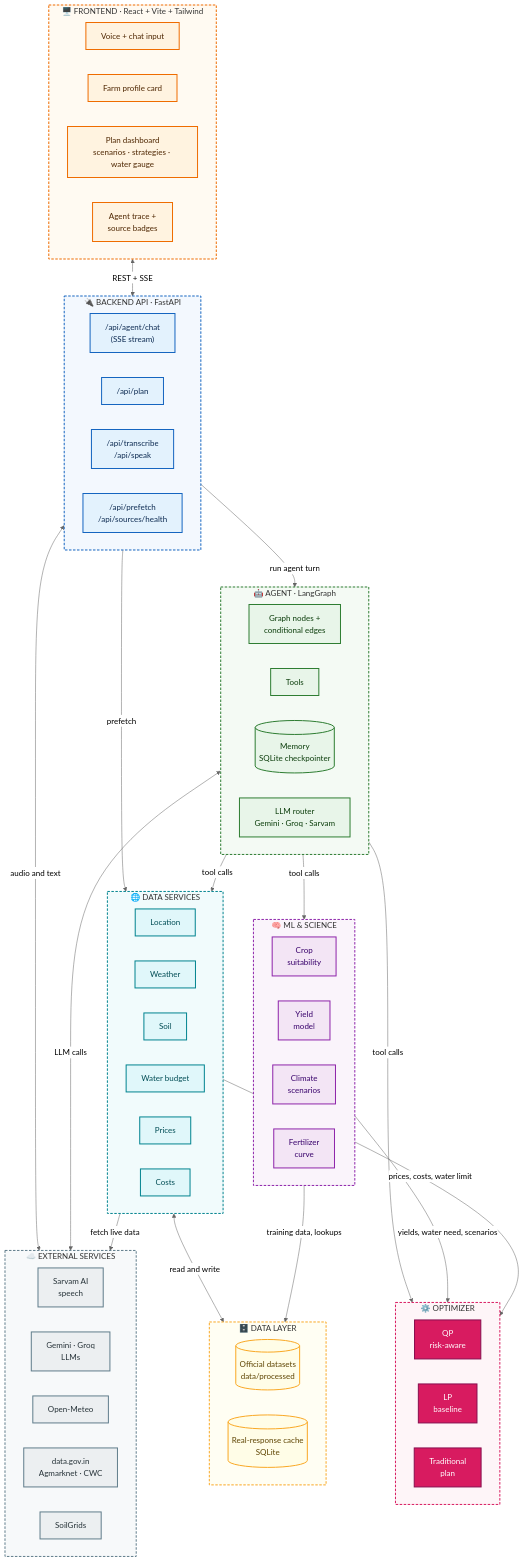
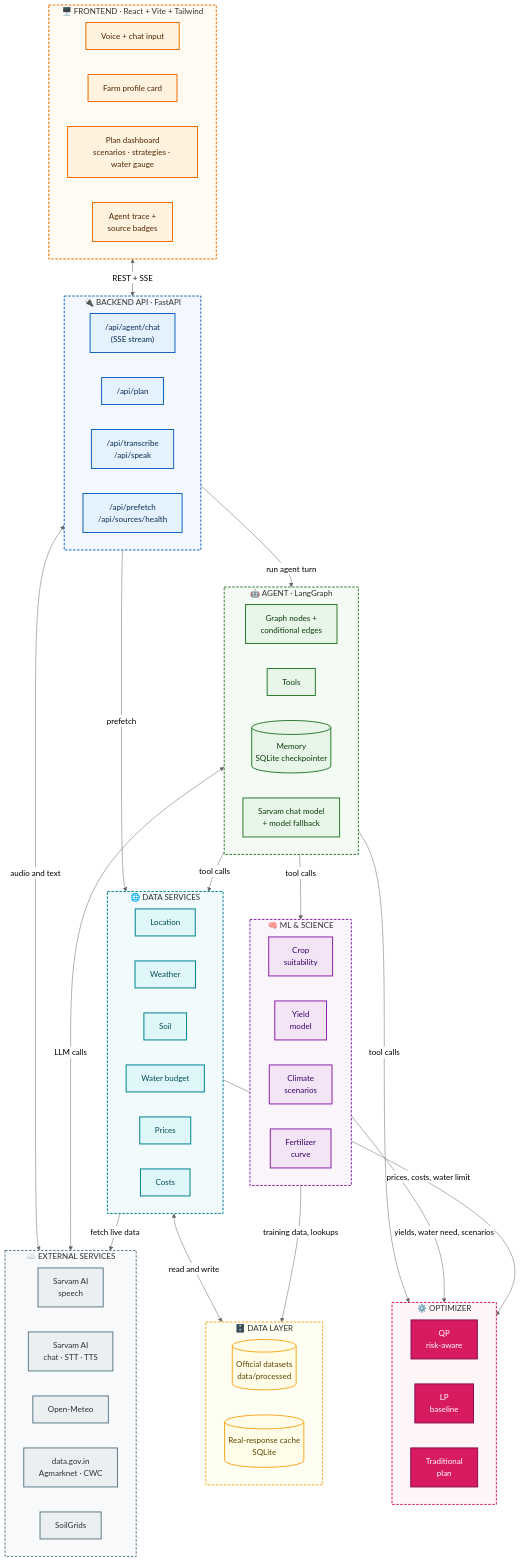
One commit to 9553943884pavan-alt/AgriPulse changed the first of 3 diagrams in README.md. Above: the diagram before and after it, drawn with Mermaid (neutral theme). The commit also changed other lines of this file and 71 other files, not shown here.

```diff
--- a/README.md
+++ b/README.md
@@ -148,7 +149,7 @@
         GRAPH["Graph nodes +<br/>conditional edges"]
         TOOLS["Tools"]
         MEM[("Memory<br/>SQLite checkpointer")]
-        ROUTER["LLM router<br/>Gemini · Groq · Sarvam"]
+        ROUTER["Sarvam chat model<br/>+ model fallback"]
     end
 
     subgraph SV["🌐 DATA SERVICES"]
@@ -185,7 +186,7 @@
     subgraph EXT["☁️ EXTERNAL SERVICES"]
         direction LR
         SARVAM["Sarvam AI<br/>speech"]
-        LLMS["Gemini · Groq<br/>LLMs"]
+        LLMS["Sarvam AI<br/>chat · STT · TTS"]
         OM["Open-Meteo"]
         GOV["data.gov.in<br/>Agmarknet · CWC"]
         SG["SoilGrids"]
```
